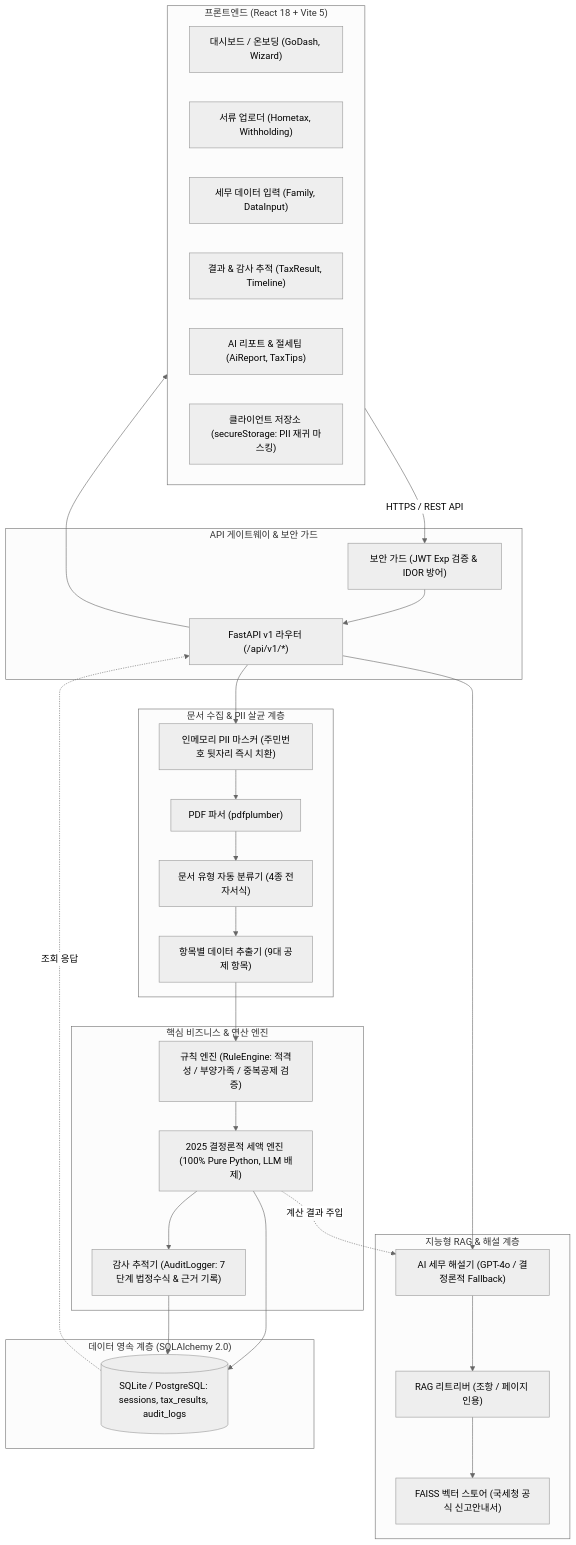
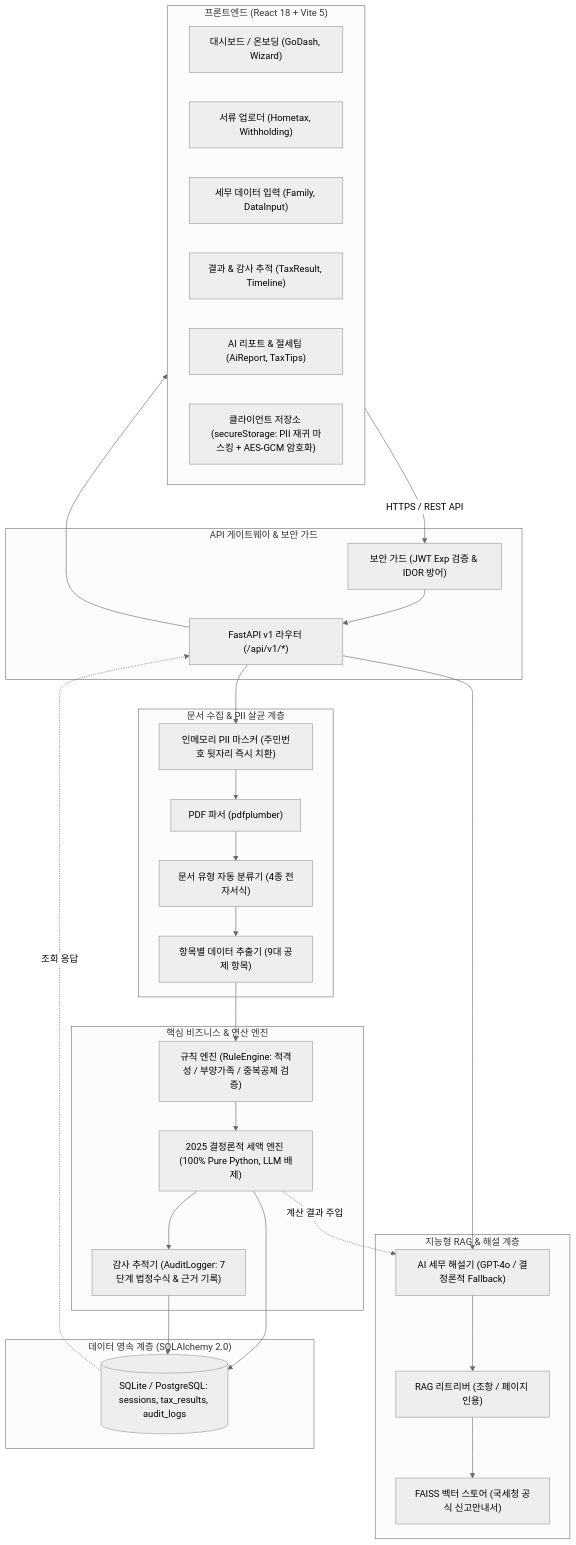
The first of 5 diagrams in docs/system_diagrams.md (juhpark16-spe/yearend_tax), drawn with Mermaid (neutral theme) before and after one commit. The commit also changed 5 other files, not shown here.

First line of the commit message:
feat(security): 2-E real AES-GCM encryption for browser storage

````diff
--- a/docs/system_diagrams.md
+++ b/docs/system_diagrams.md
@@ -23,55 +23,55 @@
 ```mermaid
 graph TB
     subgraph Client ["프론트엔드 (React 18 + Vite 5)"]
         UI_Dash["대시보드 / 온보딩 (GoDash, Wizard)"]
         UI_Upload["서류 업로더 (Hometax, Withholding)"]
         UI_Input["세무 데이터 입력 (Family, DataInput)"]
         UI_Result["결과 & 감사 추적 (TaxResult, Timeline)"]
         UI_AI["AI 리포트 & 절세팁 (AiReport, TaxTips)"]
-        ClientStorage["클라이언트 저장소 (secureStorage: PII 재귀 마스킹)"]
+        ClientStorage["클라이언트 저장소 (secureStorage: PII 재귀 마스킹 + AES-GCM 암호화)"]
     end
 
     subgraph Gateway ["API 게이트웨이 & 보안 가드"]
         AuthGuard["보안 가드 (JWT Exp 검증 & IDOR 방어)"]
         APIRouter["FastAPI v1 라우터 (/api/v1/*)"]
     end
 
     subgraph Ingestion ["문서 수집 & PII 살균 계층"]
         PIIMasker["인메모리 PII 마스커 (주민번호 뒷자리 즉시 치환)"]
         PDFParser["PDF 파서 (pdfplumber)"]
         DocClassifier["문서 유형 자동 분류기 (4종 전자서식)"]
         DataExtractor["항목별 데이터 추출기 (9대 공제 항목)"]
     end
 
     subgraph CoreEngine ["핵심 비즈니스 & 연산 엔진"]
         RuleEngine["규칙 엔진 (RuleEngine: 적격성 / 부양가족 / 중복공제 검증)"]
         TaxEngine["2025 결정론적 세액 엔진 (100% Pure Python, LLM 배제)"]
         AuditLogger["감사 추적기 (AuditLogger: 7단계 법정수식 & 근거 기록)"]
     end
 
     subgraph Intelligence ["지능형 RAG & 해설 계층"]
         FAISS["FAISS 벡터 스토어 (국세청 공식 신고안내서)"]
         Retriever["RAG 리트리버 (조항 / 페이지 인용)"]
         TaxExplainer["AI 세무 해설기 (GPT-4o / 결정론적 Fallback)"]
     end
 
     subgraph Persistence ["데이터 영속 계층 (SQLAlchemy 2.0)"]
         DB[(SQLite / PostgreSQL: sessions, tax_results, audit_logs)]
     end
 
     %% 연결 흐름
     Client -->|HTTPS / REST API| AuthGuard
     AuthGuard --> APIRouter
     APIRouter --> PIIMasker
     PIIMasker --> PDFParser --> DocClassifier --> DataExtractor
     DataExtractor --> RuleEngine
     RuleEngine --> TaxEngine
     TaxEngine --> AuditLogger
     TaxEngine --> DB
     AuditLogger --> DB
     APIRouter --> TaxExplainer
     TaxExplainer --> Retriever --> FAISS
     TaxEngine -.->|계산 결과 주입| TaxExplainer
     DB -.->|조회 응답| APIRouter
     APIRouter --> Client
 ```
````
